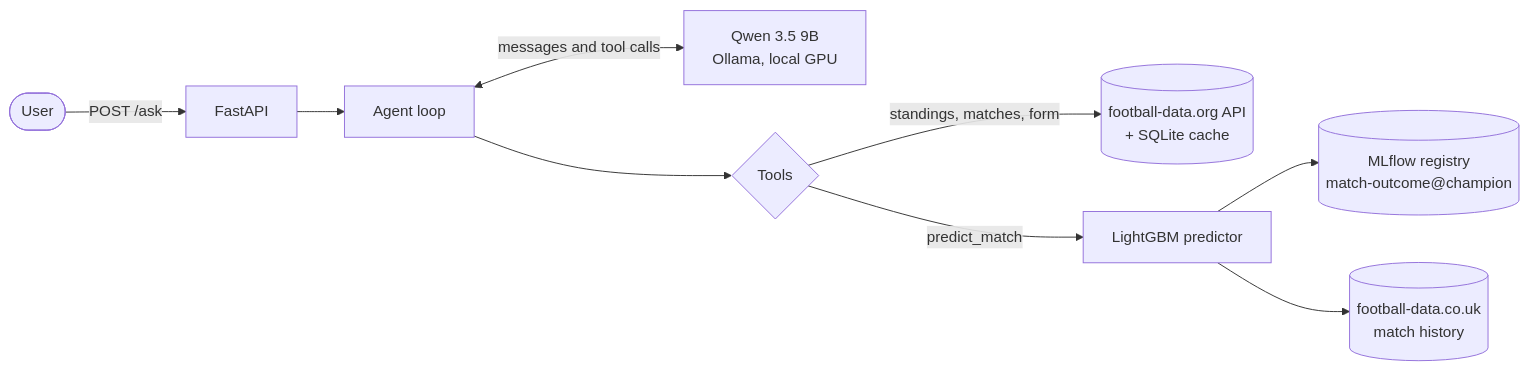
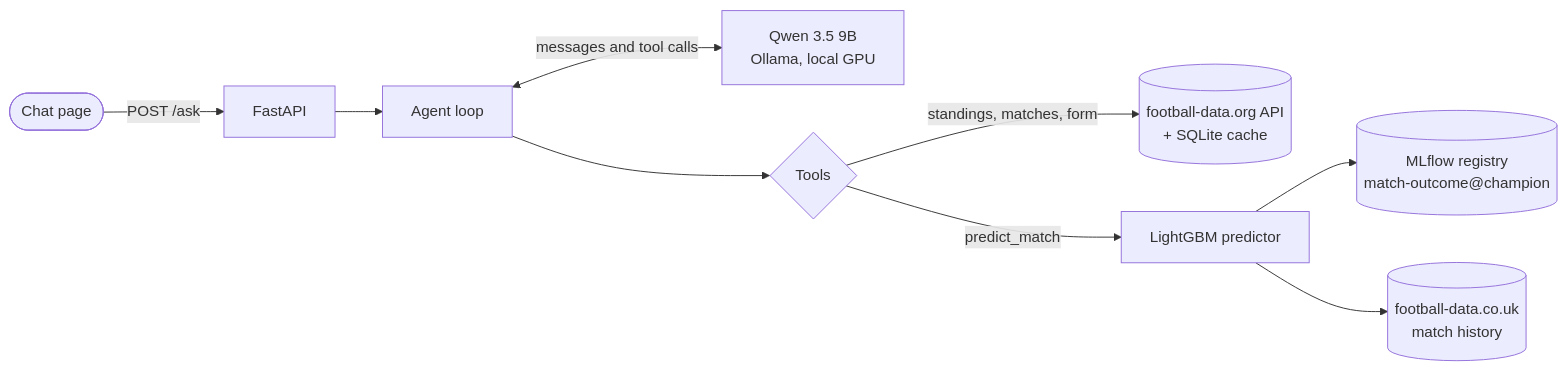
The diagram in README.md (alexandrebertot/football-match-analyst), drawn with Mermaid before and after one commit. The commit also changed other lines of this file and 2 other files, not shown here.

Commit message:
docs: show the chat page in the README

````diff
--- a/README.md
+++ b/README.md
@@ -23,11 +14,11 @@
 ```mermaid
 flowchart LR
-    user([User]) -->|POST /ask| api[FastAPI]
+    user([Chat page]) -->|POST /ask| api[FastAPI]
     api --> agent[Agent loop]
     agent <-->|messages and tool calls| llm["Qwen 3.5 9B<br/>Ollama, local GPU"]
     agent --> tools{Tools}
     tools -->|standings, matches, form| fdo[("football-data.org API<br/>+ SQLite cache")]
     tools -->|predict_match| predictor[LightGBM predictor]
     predictor --> registry[("MLflow registry<br/>match-outcome@champion")]
     predictor --> history[("football-data.co.uk<br/>match history")]
 ```
````
